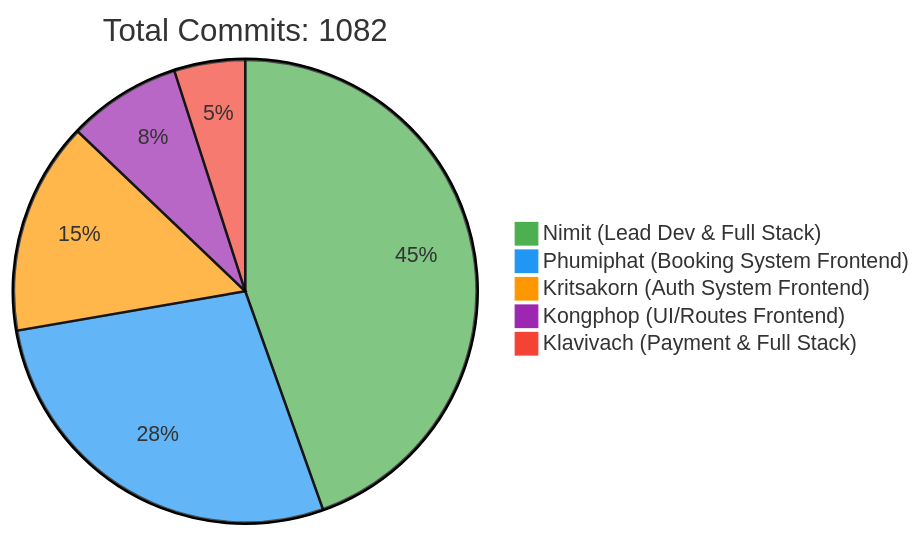
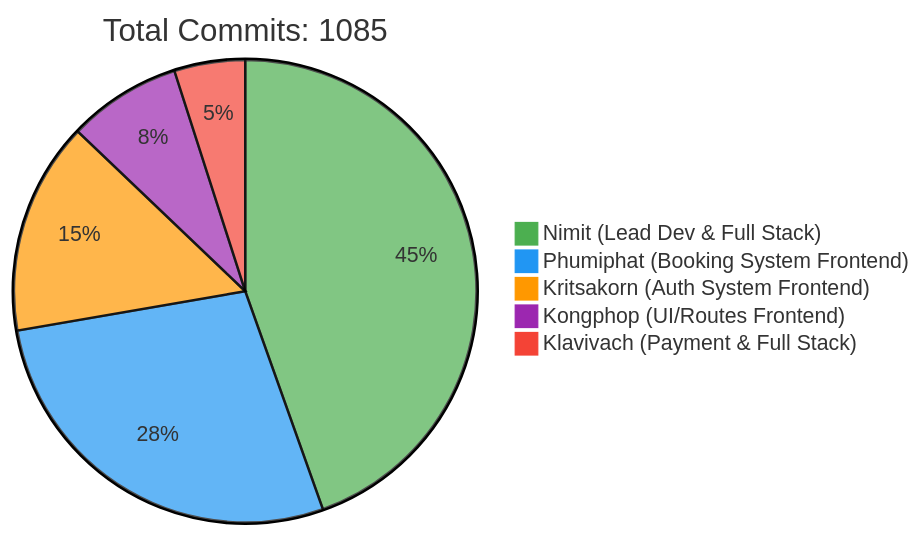
The first of 2 diagrams in README.md (6531503042/Sport-Complex), drawn with Mermaid before and after one commit. The commit also changed other lines of this file, not shown here.

Commit message:
docs: Update contributor statistics [skip ci]

````diff
--- a/README.md
+++ b/README.md
@@ -257,10 +257,10 @@
 ```mermaid
 %%{init: {'theme': 'base', 'themeVariables': { 'pie1': '#4CAF50', 'pie2': '#2196F3', 'pie3': '#FF9800', 'pie4': '#9C27B0', 'pie5': '#F44336'}}}%%
 pie
-    title Total Commits: 1082
+    title Total Commits: 1085
     "Nimit (Lead Dev & Full Stack)" : 450
     "Phumiphat (Booking System Frontend)" : 280
     "Kritsakorn (Auth System Frontend)" : 150
     "Kongphop (UI/Routes Frontend)" : 80
     "Klavivach (Payment & Full Stack)" : 50
 ```
````
